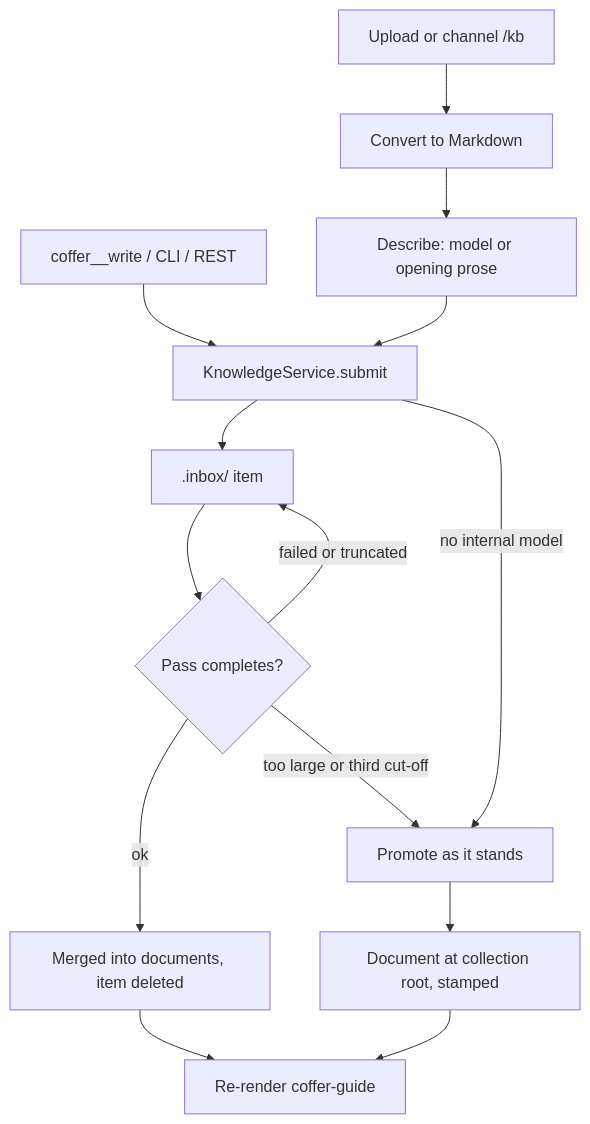
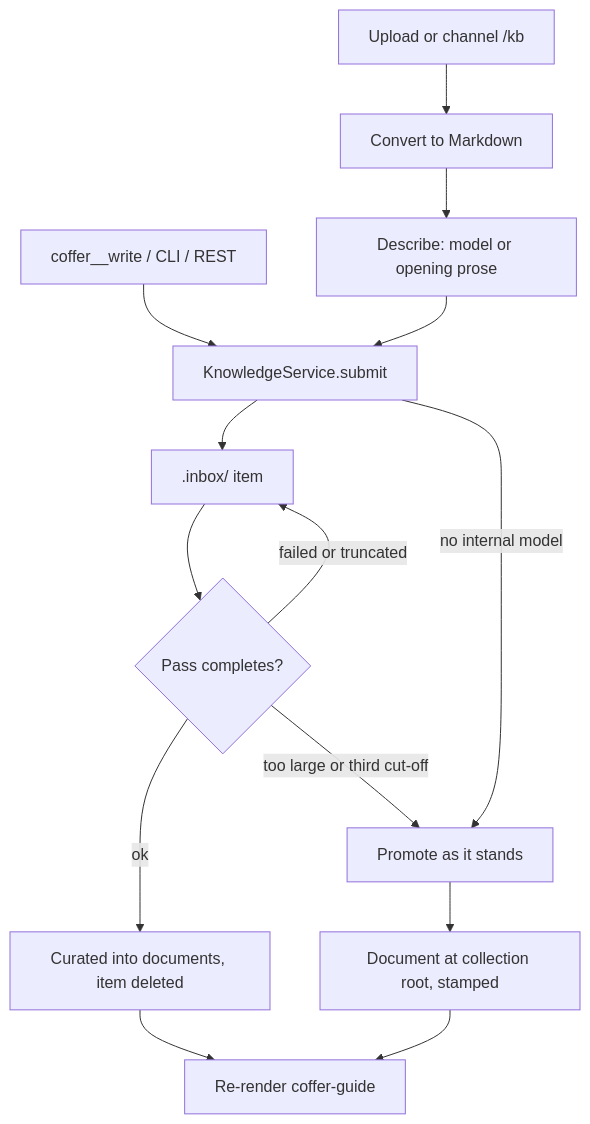
The first of 3 diagrams in docs-site/architecture/knowledge.md (wyx-sg/Coffer), drawn with Mermaid before and after one commit. The commit also changed other lines of this file and 63 other files, not shown here.

````diff
--- a/docs-site/architecture/knowledge.md
+++ b/docs-site/architecture/knowledge.md
@@ -101,16 +106,16 @@
 ```mermaid
 flowchart TD
   W["coffer__write / CLI / REST"] --> S["KnowledgeService.submit"]
   U["Upload or channel /kb"] --> C["Convert to Markdown"]
   C --> D["Describe: model or opening prose"]
   D --> S
   S --> I[".inbox/ item"]
   S -->|"no internal model"| P["Promote as it stands"]
   I --> Q{"Pass completes?"}
-  Q -->|"ok"| M["Merged into documents, item deleted"]
+  Q -->|"ok"| M["Curated into documents, item deleted"]
   Q -->|"failed or truncated"| I
   Q -->|"too large or third cut-off"| P
   P --> DOC["Document at collection root, stamped"]
   M --> G["Re-render coffer-guide"]
   DOC --> G
 ```
````
